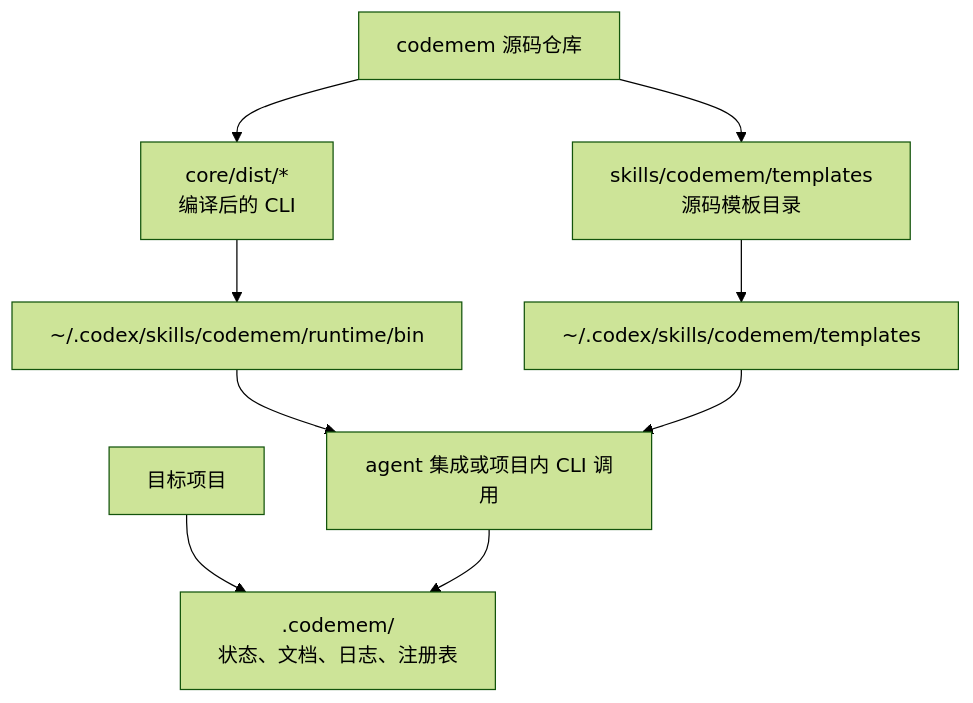
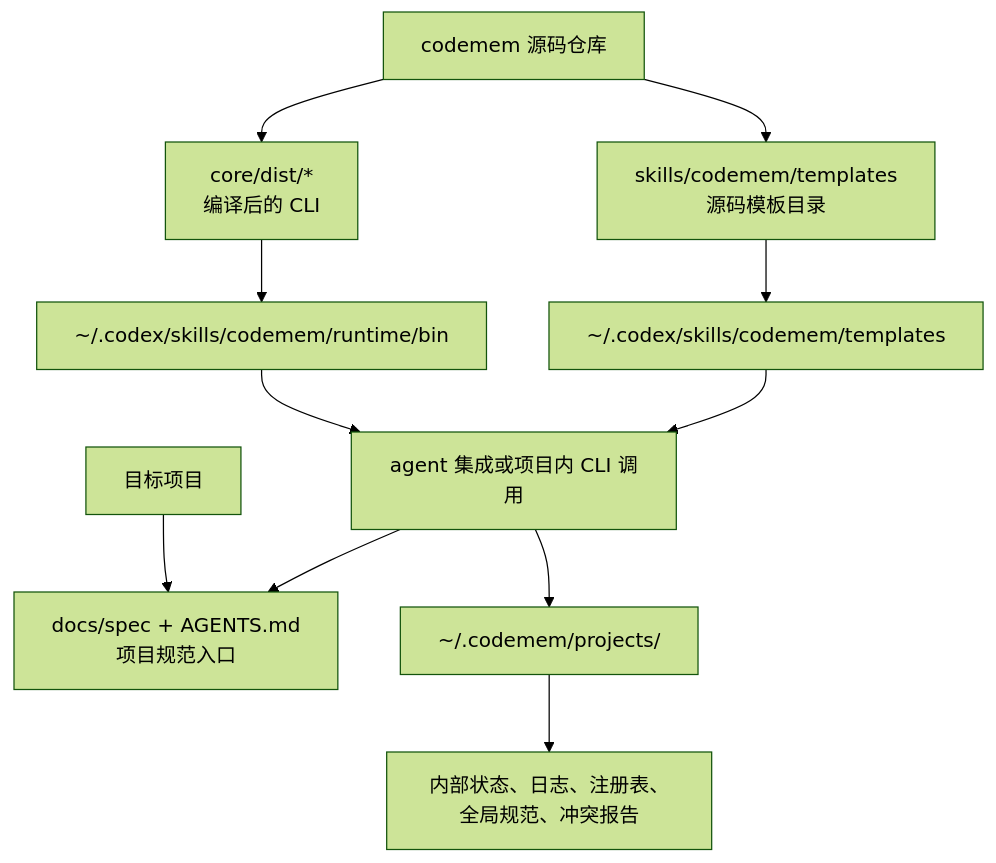
The diagram in README.md (fzf926/codemem), drawn with Mermaid (forest theme) before and after one commit. The commit also changed other lines of this file and 22 other files, not shown here.

Commit message:
Store project state under codemem home

````diff
--- a/README.md
+++ b/README.md
@@ -14,11 +14,13 @@
 ```mermaid
 flowchart TD
   A["codemem 源码仓库"] --> B["skills/codemem/templates<br/>源码模板目录"]
   A --> C["core/dist/*<br/>编译后的 CLI"]
   C --> D["~/.codex/skills/codemem/runtime/bin"]
   B --> E["~/.codex/skills/codemem/templates"]
   D --> F["agent 集成或项目内 CLI 调用"]
   E --> F
-  G["目标项目"] --> H[".codemem/<br/>状态、文档、日志、注册表"]
+  G["目标项目"] --> H["docs/spec + AGENTS.md<br/>项目规范入口"]
+  I["~/.codemem/projects/<project_state_key>"] --> J["内部状态、日志、注册表、全局规范、冲突报告"]
   F --> H
+  F --> I
 ```
````
